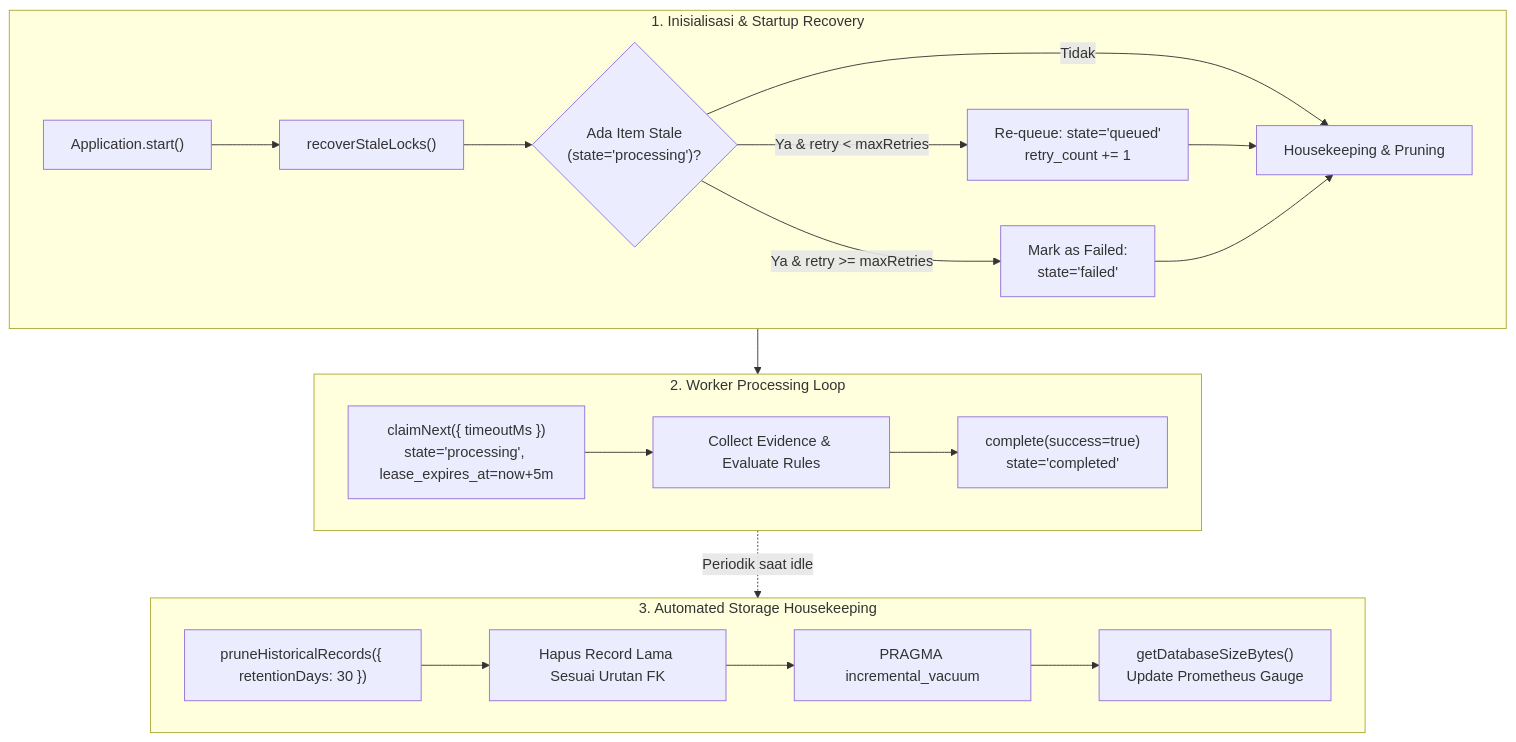
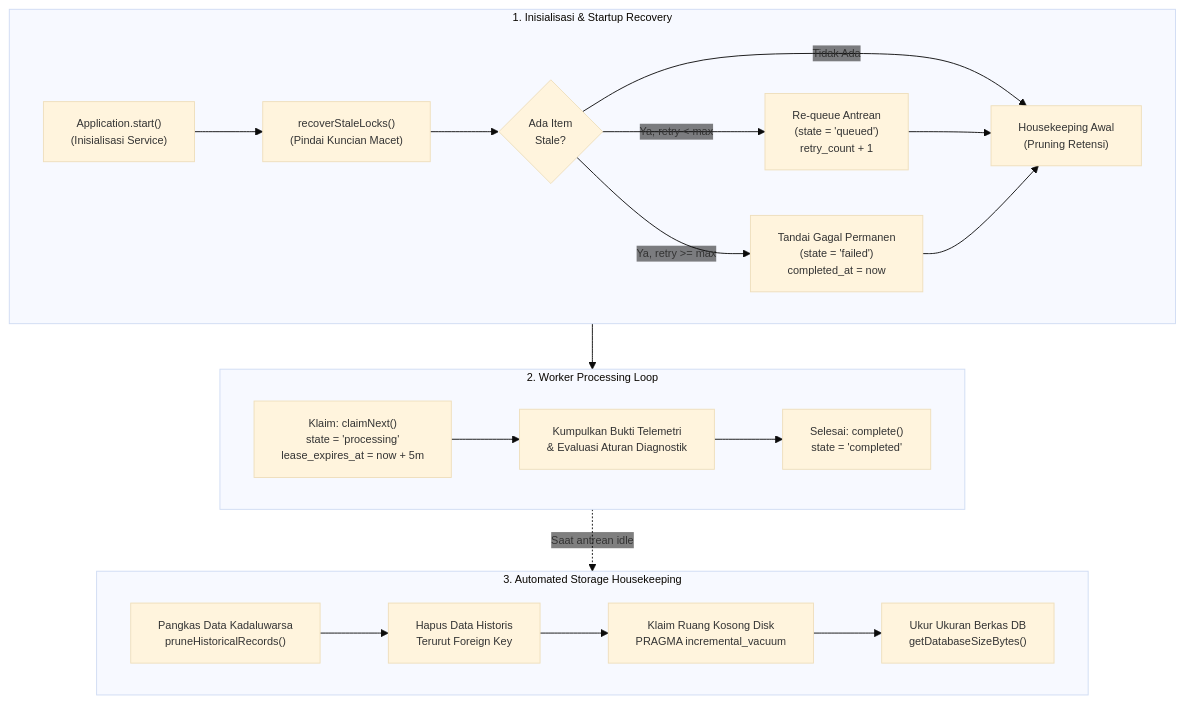
One commit to edkas07-oss/devops-handbook changed the first of 2 diagrams in docs/projects/tomcat-monitoring/engineering-journal/monitoring-platform-integration/TN-007-implement-stale-lock-recovery-and-sqlite-state-resilience.md. Above: the diagram before and after it, drawn with Mermaid. The commit also changed other lines of this file and 1 other file, not shown here.

Commit message:
docs(journal): refine mermaid diagram layout and wrap labels to prevent box overflow

````diff
--- a/docs/projects/tomcat-monitoring/engineering-journal/monitoring-platform-integration/TN-007-implement-stale-lock-recovery-and-sqlite-state-resilience.md
+++ b/docs/projects/tomcat-monitoring/engineering-journal/monitoring-platform-integration/TN-007-implement-stale-lock-recovery-and-sqlite-state-resilience.md
@@ -120,26 +120,33 @@
 ```mermaid
+%%{init: {
+  'theme': 'base',
+  'themeVariables': {
+    'edgeLabelBackground': 'transparent',
+    'fontSize': '12px'
+  }
+}}%%
 flowchart TD
     subgraph STARTUP["1. Inisialisasi & Startup Recovery"]
-        S1["Application.start()"] --> S2["recoverStaleLocks()"]
-        S2 --> S3{"Ada Item Stale<br/>(state='processing')?"}
-        S3 -->|"Ya & retry < maxRetries"| S4["Re-queue: state='queued'<br/>retry_count += 1"]
-        S3 -->|"Ya & retry >= maxRetries"| S5["Mark as Failed:<br/>state='failed'"]
-        S3 -->|"Tidak"| S6["Housekeeping & Pruning"]
+        S1["Application.start()<br/>(Inisialisasi Service)"] --> S2["recoverStaleLocks()<br/>(Pindai Kuncian Macet)"]
+        S2 --> S3{"Ada Item<br/>Stale?"}
+        S3 -->|Ya, retry < max| S4["Re-queue Antrean<br/>(state = 'queued')<br/>retry_count + 1"]
+        S3 -->|Ya, retry >= max| S5["Tandai Gagal Permanen<br/>(state = 'failed')<br/>completed_at = now"]
+        S3 -->|Tidak Ada| S6["Housekeeping Awal<br/>(Pruning Retensi)"]
         S4 --> S6
         S5 --> S6
     end
 
     subgraph WORKER["2. Worker Processing Loop"]
-        W1["claimNext({ timeoutMs })<br/>state='processing', lease_expires_at=now+5m"] --> W2["Collect Evidence & Evaluate Rules"]
-        W2 --> W3["complete(success=true)<br/>state='completed'"]
+        W1["Klaim: claimNext()<br/>state = 'processing'<br/>lease_expires_at = now + 5m"] --> W2["Kumpulkan Bukti Telemetri<br/>& Evaluasi Aturan Diagnostik"]
+        W2 --> W3["Selesai: complete()<br/>state = 'completed'"]
     end
 
     subgraph HOUSEKEEPING["3. Automated Storage Housekeeping"]
-        H1["pruneHistoricalRecords({ retentionDays: 30 })"] --> H2["Hapus Record Lama Sesuai Urutan FK"]
-        H2 --> H3["PRAGMA incremental_vacuum"]
-        H3 --> H4["getDatabaseSizeBytes()<br/>Update Prometheus Gauge"]
+        H1["Pangkas Data Kadaluwarsa<br/>pruneHistoricalRecords()"] --> H2["Hapus Data Historis<br/>Terurut Foreign Key"]
+        H2 --> H3["Klaim Ruang Kosong Disk<br/>PRAGMA incremental_vacuum"]
+        H3 --> H4["Ukur Ukuran Berkas DB<br/>getDatabaseSizeBytes()"]
     end
 
     STARTUP --> WORKER
-    WORKER -.->|"Periodik saat idle"| HOUSEKEEPING
+    WORKER -.->|Saat antrean idle| HOUSEKEEPING
 ```
````
